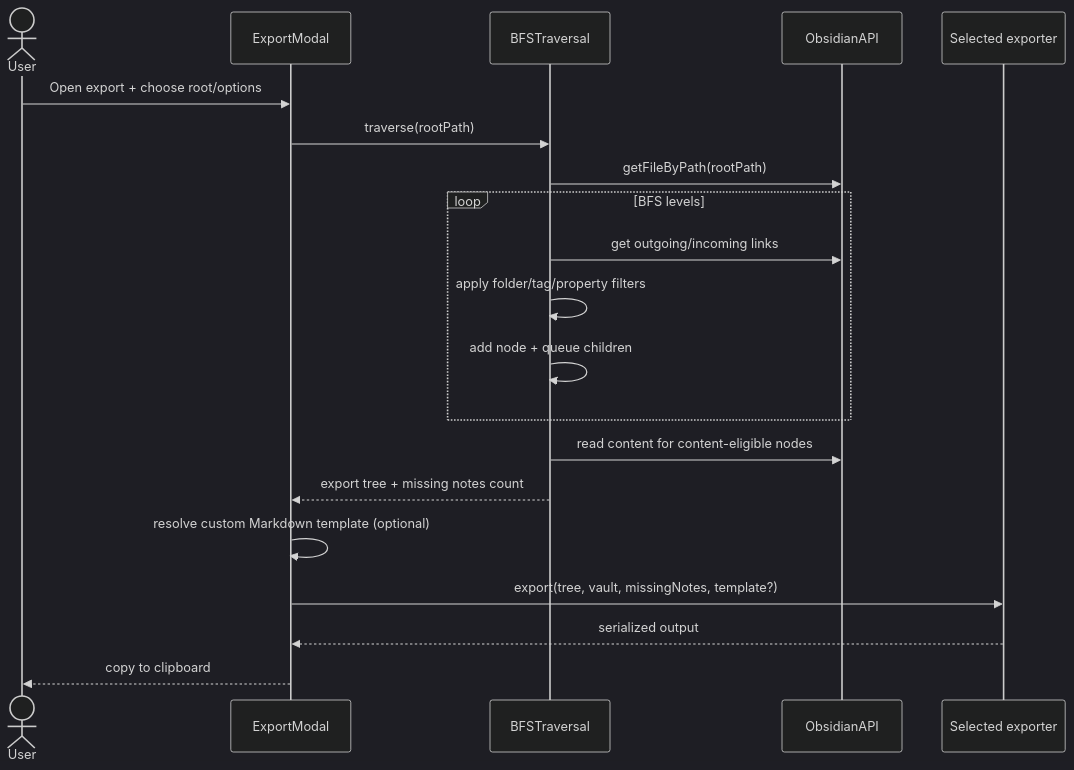
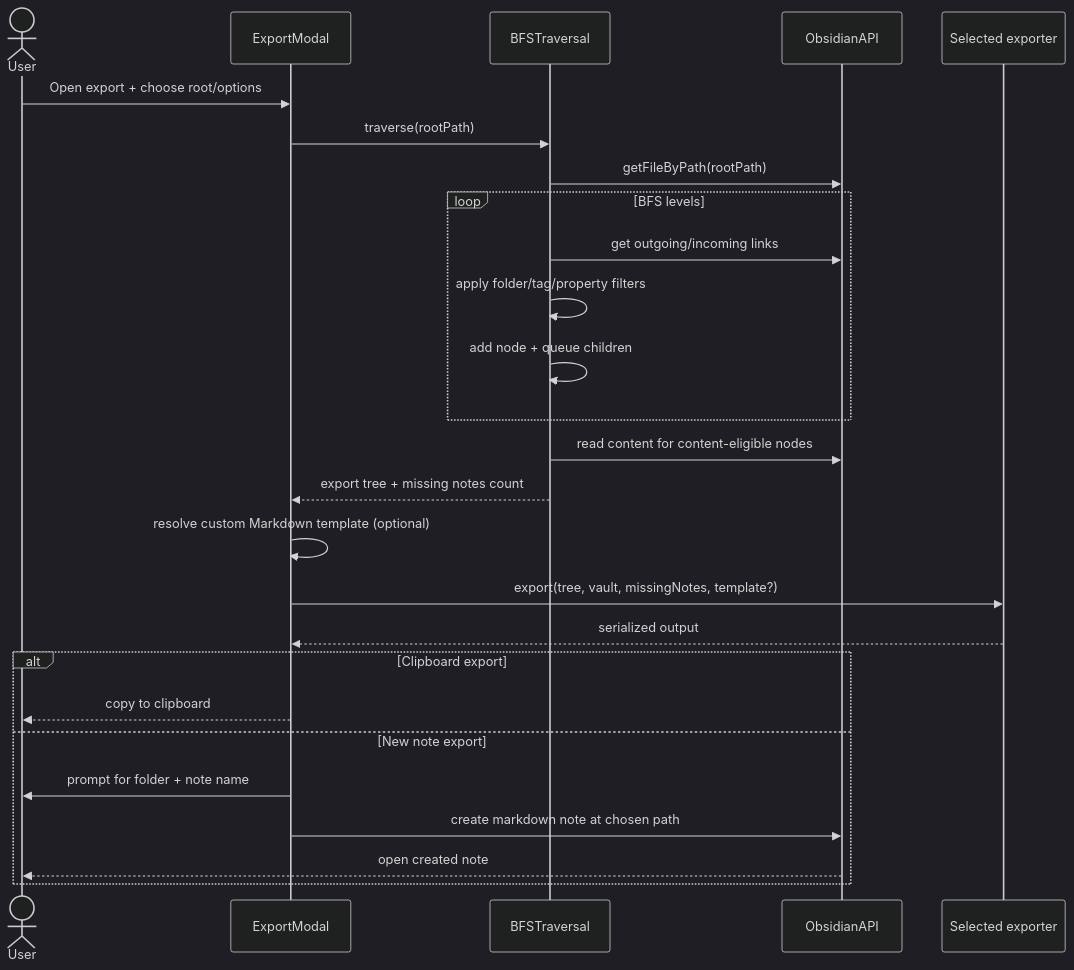
Before and after one commit to LittleHaku/obsidian-smart-export: the first of 3 diagrams in docs/export-architecture.md, drawn with Mermaid (dark theme). The commit also changed other lines of this file and 11 other files, not shown here.

````diff
--- a/docs/export-architecture.md
+++ b/docs/export-architecture.md
@@ -22,23 +22,29 @@
 ```mermaid
 sequenceDiagram
     actor User
     participant Modal as ExportModal
     participant Traversal as BFSTraversal
     participant API as ObsidianAPI
     participant Exporter as Selected exporter
 
     User->>Modal: Open export + choose root/options
     Modal->>Traversal: traverse(rootPath)
     Traversal->>API: getFileByPath(rootPath)
     loop BFS levels
         Traversal->>API: get outgoing/incoming links
         Traversal->>Traversal: apply folder/tag/property filters
         Traversal->>Traversal: add node + queue children
     end
     Traversal->>API: read content for content-eligible nodes
     Traversal-->>Modal: export tree + missing notes count
     Modal->>Modal: resolve custom Markdown template (optional)
     Modal->>Exporter: export(tree, vault, missingNotes, template?)
     Exporter-->>Modal: serialized output
-    Modal-->>User: copy to clipboard
+    alt Clipboard export
+        Modal-->>User: copy to clipboard
+    else New note export
+        Modal->>User: prompt for folder + note name
+        Modal->>API: create markdown note at chosen path
+        API-->>User: open created note
+    end
 ```
````
